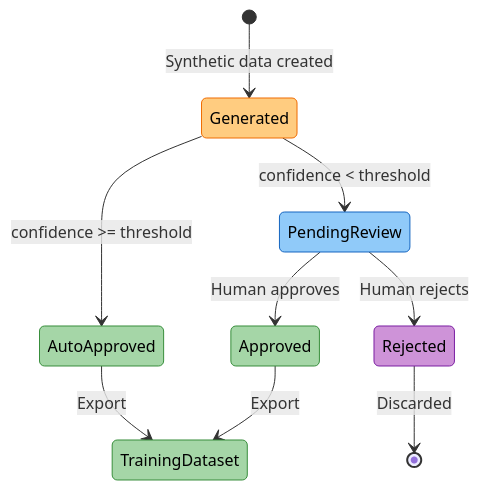
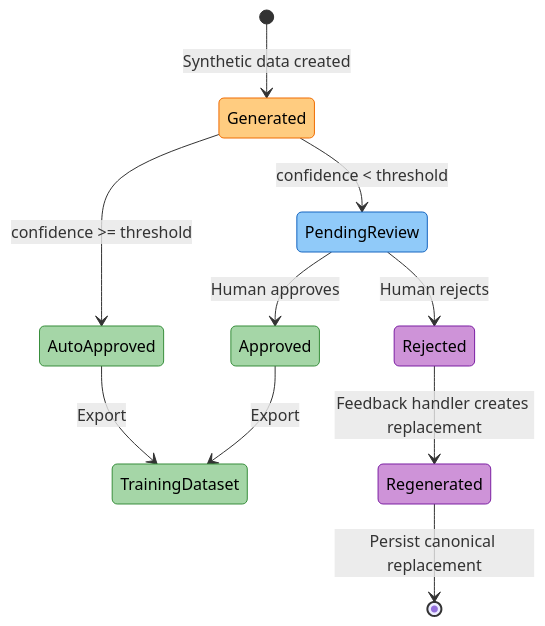
One commit to amit-jain/cogniverse changed diagram 17 of 18 in docs/modules/agents.md. Above: the diagram before and after it, drawn with Mermaid. The commit also changed other lines of this file and 9 other files, not shown here.

````diff
--- a/docs/modules/agents.md
+++ b/docs/modules/agents.md
@@ -4730,22 +4828,23 @@
 ```mermaid
 stateDiagram-v2
     [*] --> Generated: Synthetic data created
     Generated --> AutoApproved: confidence >= threshold
     Generated --> PendingReview: confidence < threshold
     PendingReview --> Approved: Human approves
     PendingReview --> Rejected: Human rejects
     AutoApproved --> TrainingDataset: Export
     Approved --> TrainingDataset: Export
-    Rejected --> [*]: Discarded
+    Rejected --> Regenerated: Feedback handler creates replacement
+    Regenerated --> [*]: Persist canonical replacement
 
     classDef orange fill:#ffcc80,stroke:#ef6c00,color:#000
     classDef green fill:#a5d6a7,stroke:#388e3c,color:#000
     classDef blue fill:#90caf9,stroke:#1565c0,color:#000
     classDef purple fill:#ce93d8,stroke:#7b1fa2,color:#000
 
     class Generated orange
     class AutoApproved,Approved green
     class PendingReview blue
-    class Rejected purple
+    class Rejected,Regenerated purple
     class TrainingDataset green
 ```
````
